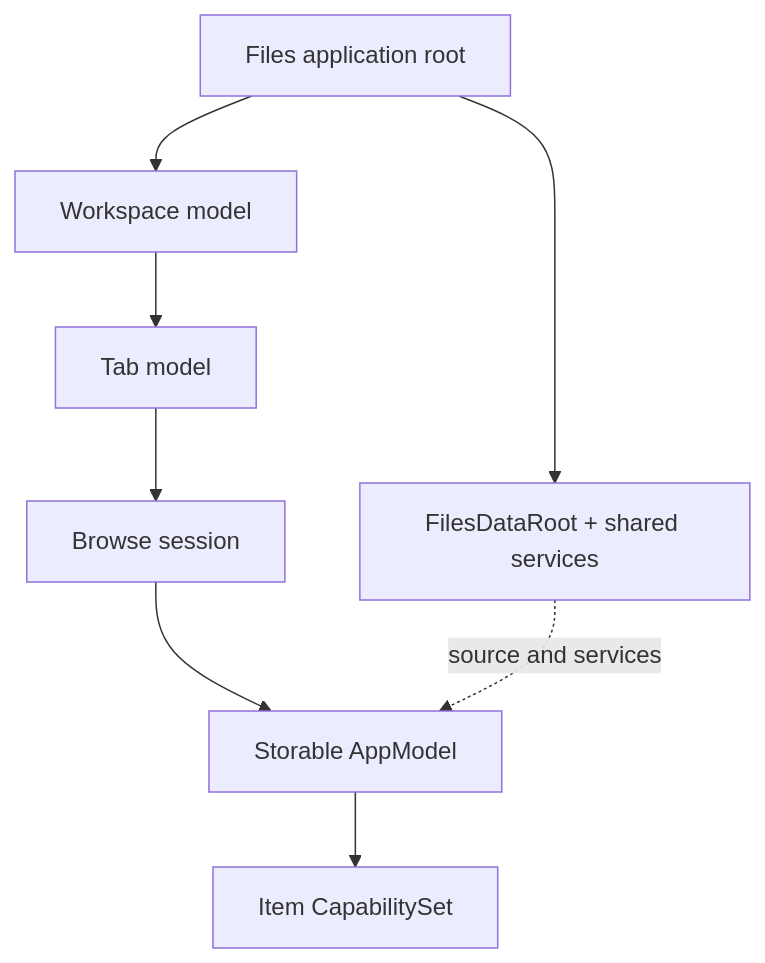
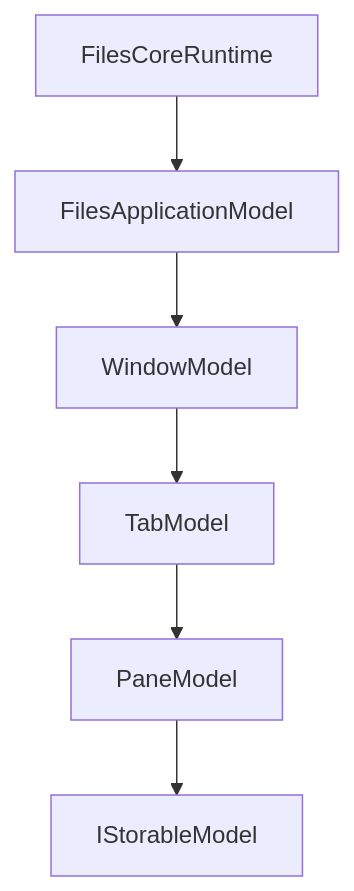
One commit to 0x5bfa/Files changed the second of 2 diagrams in docs/architecture/README.md. Above: the diagram before and after it, drawn with Mermaid. The commit also changed other lines of this file and 88 other files, not shown here.

First line of the commit message:
Complete Files.Core architecture foundation

````diff
--- a/docs/architecture/README.md
+++ b/docs/architecture/README.md
@@ -52,18 +54,15 @@
 ```mermaid
 flowchart TB
-    Root["Files application root"]
-    DataRoot["FilesDataRoot + shared services"]
-    Workspace["Workspace model"]
-    Tab["Tab model"]
-    Session["Browse session"]
-    Item["Storable AppModel"]
-    Set["Item CapabilitySet"]
+    Runtime["FilesCoreRuntime"]
+    App["FilesApplicationModel"]
+    Window["WindowModel"]
+    Tab["TabModel"]
+    Pane["PaneModel"]
+    Item["IStorableModel"]
 
-    Root --> DataRoot
-    Root --> Workspace
-    Workspace --> Tab
-    Tab --> Session
-    Session --> Item
-    Item --> Set
-    DataRoot -. source and services .-> Item
+    Runtime --> App
+    App --> Window
+    Window --> Tab
+    Tab --> Pane
+    Pane --> Item
 ```
````
